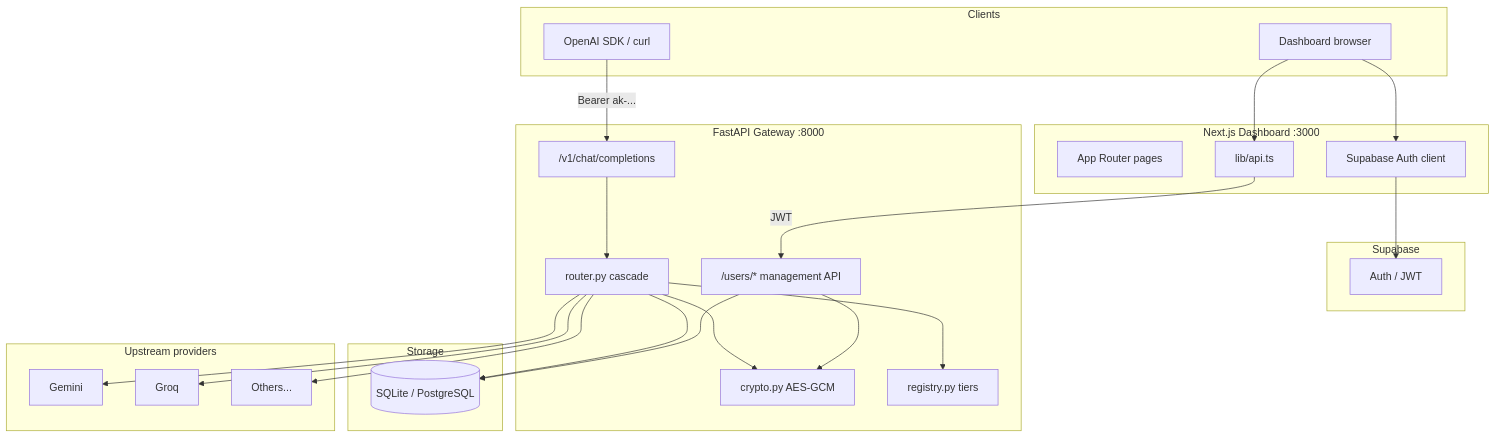
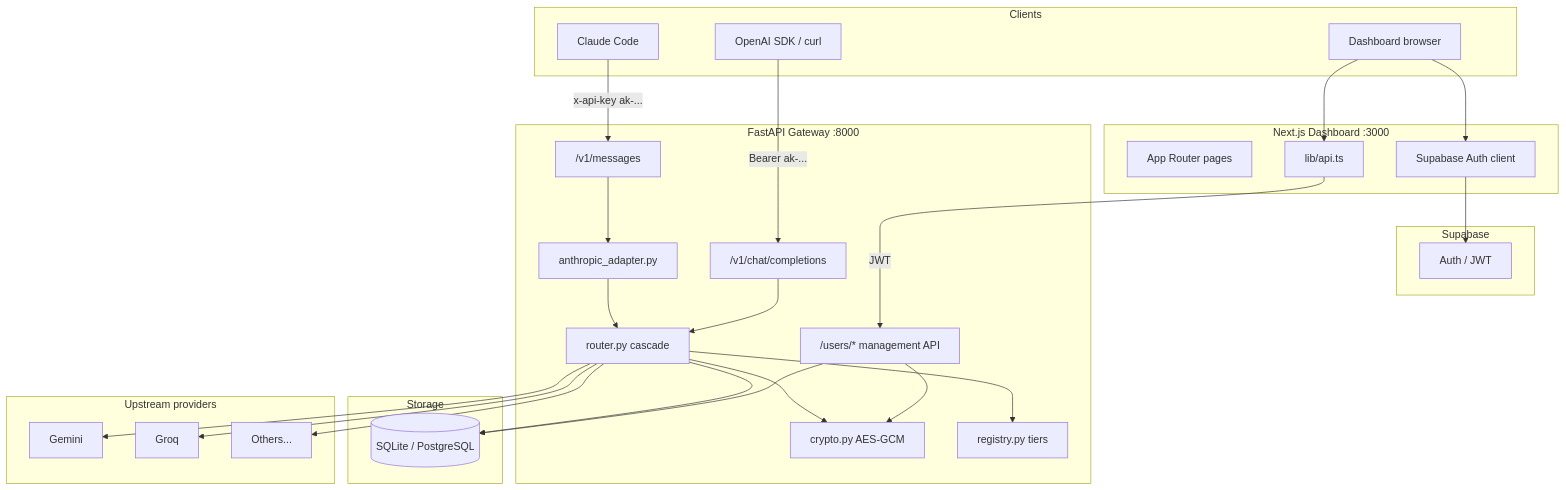
Before and after one commit to Sharann-del/API_Keychain: the first of 4 diagrams in docs/architecture.md, drawn with Mermaid. The commit also changed other lines of this file and 19 other files, not shown here.

Commit message:
Document 12-provider catalog, Anthropic API, and Claude Code on keys page

````diff
--- a/docs/architecture.md
+++ b/docs/architecture.md
@@ -9,50 +9,56 @@
 ```mermaid
 flowchart TB
     subgraph clients [Clients]
         SDK[OpenAI SDK / curl]
+        Claude[Claude Code]
         Browser[Dashboard browser]
     end
 
     subgraph frontend [Next.js Dashboard :3000]
         Pages[App Router pages]
         Auth[Supabase Auth client]
         APIClient[lib/api.ts]
     end
 
     subgraph supabase [Supabase]
         SupaAuth[Auth / JWT]
     end
 
     subgraph gateway [FastAPI Gateway :8000]
         Mgmt["/users/* management API"]
         V1["/v1/chat/completions"]
+        Anthropic["/v1/messages"]
+        Adapter[anthropic_adapter.py]
         Router[router.py cascade]
         Crypto[crypto.py AES-GCM]
         Registry[registry.py tiers]
     end
 
     subgraph storage [Storage]
         DB[(SQLite / PostgreSQL)]
     end
 
     subgraph upstream [Upstream providers]
         P1[Gemini]
         P2[Groq]
         P3[Others...]
     end
 
     SDK -->|Bearer ak-...| V1
+    Claude -->|x-api-key ak-...| Anthropic
     Browser --> Auth
     Auth --> SupaAuth
     Browser --> APIClient
     APIClient -->|JWT| Mgmt
     V1 --> Router
+    Anthropic --> Adapter
+    Adapter --> Router
     Mgmt --> Crypto
     Mgmt --> DB
     Router --> Registry
     Router --> Crypto
     Router --> DB
     Router --> P1
     Router --> P2
     Router --> P3
 ```
````
